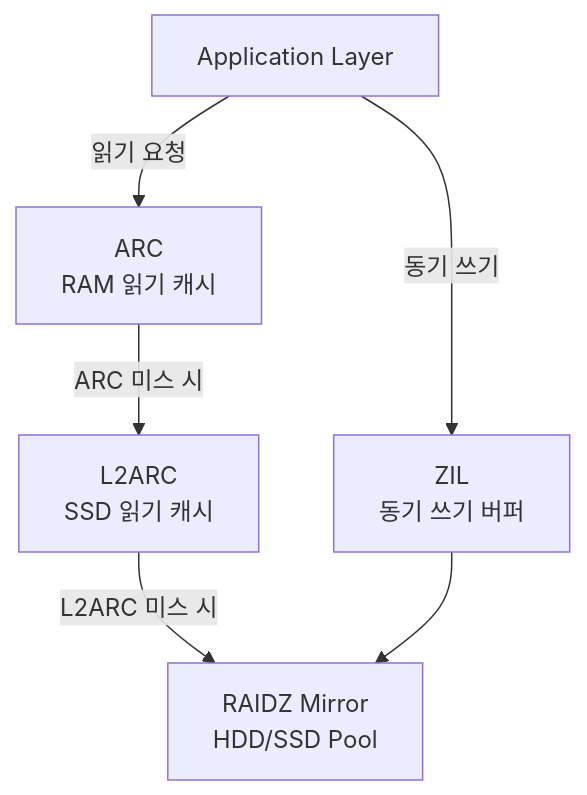
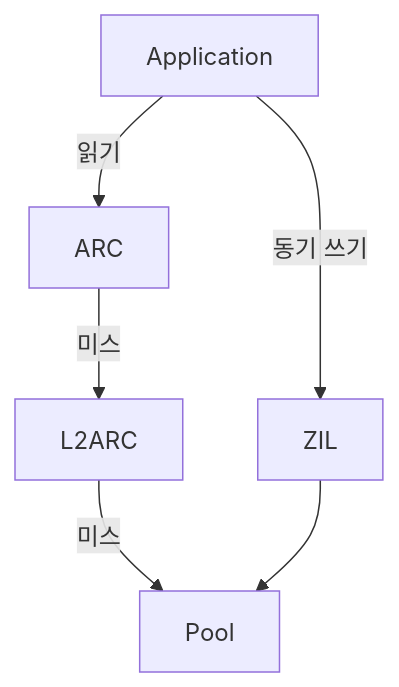
One commit to moonblueblue/devops-wiki changed the third of 3 diagrams in content/linux/filesystem-storage/filesystem-comparison.md. Above: the diagram before and after it, drawn with Mermaid. The commit also changed other lines of this file and 37 other files, not shown here.

First line of the commit message:
style: linux 카테고리 ASCII 도표·Mermaid 라벨 형식 교정

````diff
--- a/content/linux/filesystem-storage/filesystem-comparison.md
+++ b/content/linux/filesystem-storage/filesystem-comparison.md
@@ -376,14 +376,14 @@
 ```mermaid
 graph TD
-    APP["Application Layer"]
-    ARC["ARC\nRAM 읽기 캐시"]
-    L2ARC["L2ARC\nSSD 읽기 캐시"]
-    POOL["RAIDZ Mirror\nHDD/SSD Pool"]
-    ZIL["ZIL\n동기 쓰기 버퍼"]
+    APP["Application"]
+    ARC["ARC"]
+    L2ARC["L2ARC"]
+    POOL["Pool"]
+    ZIL["ZIL"]
 
-    APP -- "읽기 요청" --> ARC
-    ARC -- "ARC 미스 시" --> L2ARC
-    L2ARC -- "L2ARC 미스 시" --> POOL
+    APP -- "읽기" --> ARC
+    ARC -- "미스" --> L2ARC
+    L2ARC -- "미스" --> POOL
     APP -- "동기 쓰기" --> ZIL
     ZIL --> POOL
 ```
````
